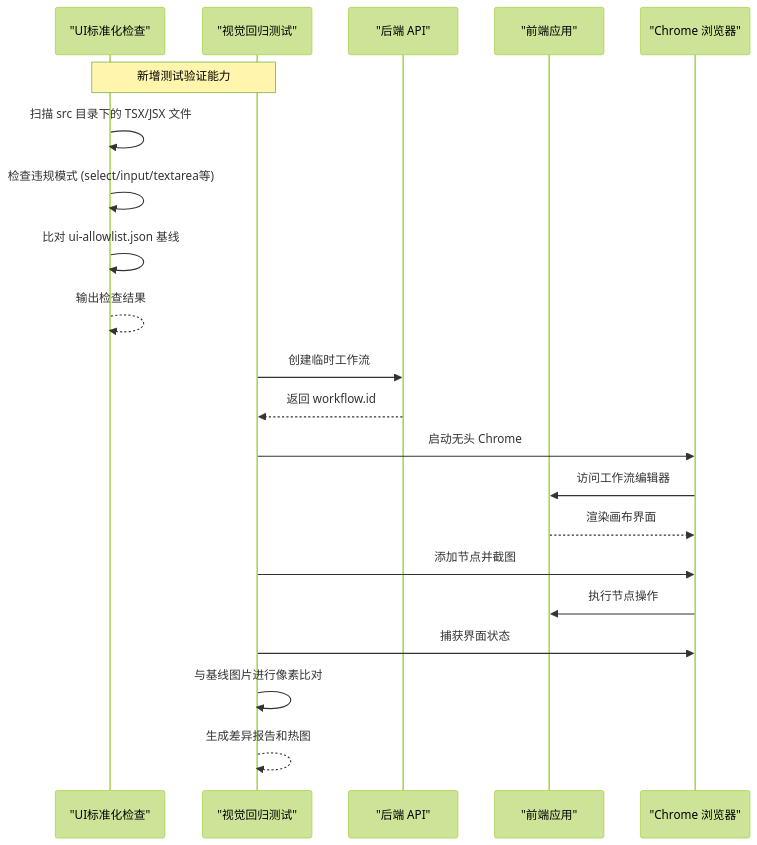
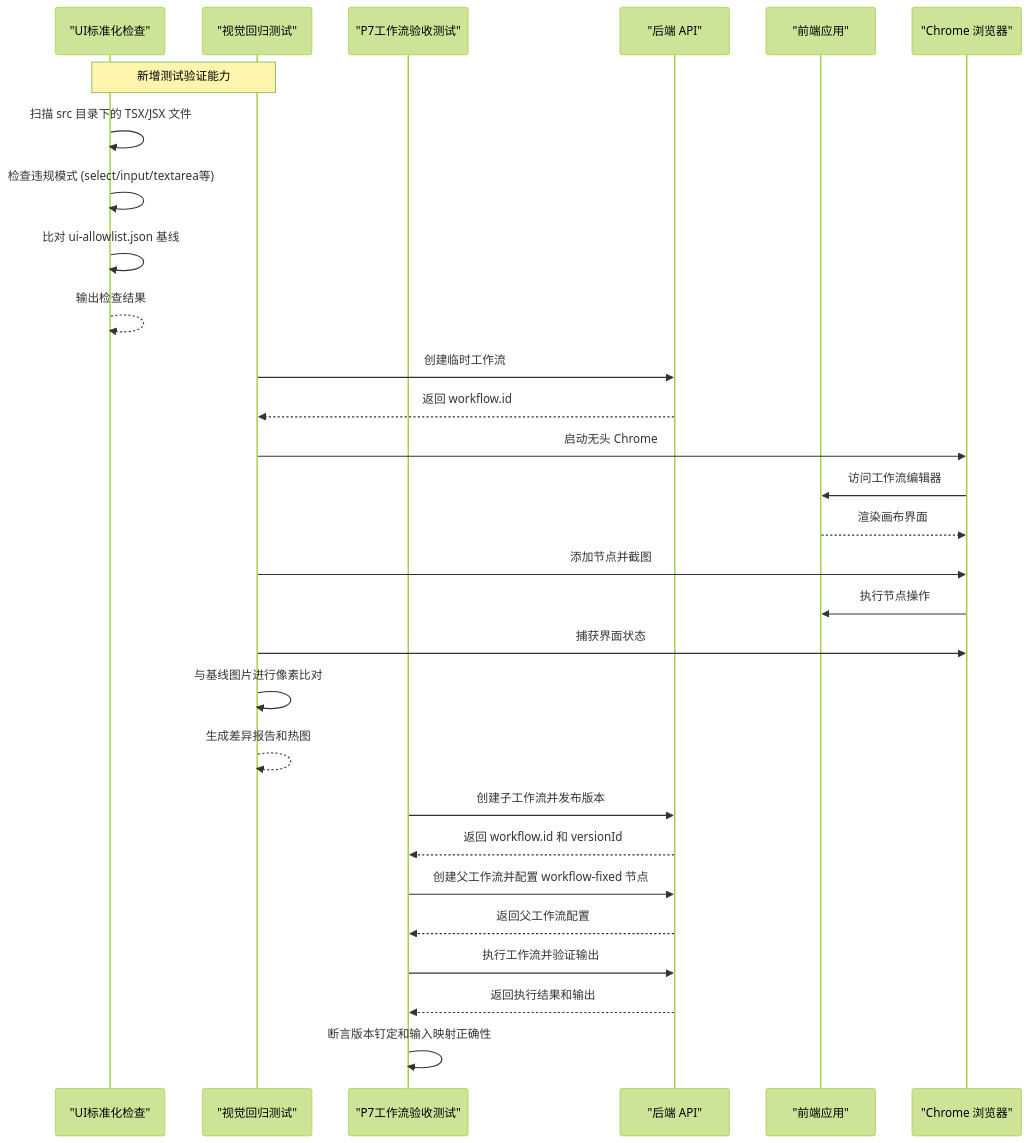
One commit to huiliuxu780/MoreThanCorn changed the second of 2 diagrams in .qoder/repowiki/zh/content/测试与验证体系.md. Above: the diagram before and after it, drawn with Mermaid (forest theme). The commit also changed other lines of this file and 9 other files, not shown here.

````diff
--- a/.qoder/repowiki/zh/content/测试与验证体系.md
+++ b/.qoder/repowiki/zh/content/测试与验证体系.md
@@ -265,23 +280,31 @@
 ```mermaid
 sequenceDiagram
 participant US as "UI标准化检查"
 participant VR as "视觉回归测试"
+participant TP7 as "P7工作流验收测试"
 participant API as "后端 API"
 participant FE as "前端应用"
 participant CHROME as "Chrome 浏览器"
 Note over US,VR : 新增测试验证能力
 US->>US : 扫描 src 目录下的 TSX/JSX 文件
 US->>US : 检查违规模式 (select/input/textarea等)
 US->>US : 比对 ui-allowlist.json 基线
 US-->>US : 输出检查结果
 VR->>API : 创建临时工作流
 API-->>VR : 返回 workflow.id
 VR->>CHROME : 启动无头 Chrome
 CHROME->>FE : 访问工作流编辑器
 FE-->>CHROME : 渲染画布界面
 VR->>CHROME : 添加节点并截图
 CHROME->>FE : 执行节点操作
 VR->>CHROME : 捕获界面状态
 VR->>VR : 与基线图片进行像素比对
 VR-->>VR : 生成差异报告和热图
+TP7->>API : 创建子工作流并发布版本
+API-->>TP7 : 返回 workflow.id 和 versionId
+TP7->>API : 创建父工作流并配置 workflow-fixed 节点
+API-->>TP7 : 返回父工作流配置
+TP7->>API : 执行工作流并验证输出
+API-->>TP7 : 返回执行结果和输出
+TP7->>TP7 : 断言版本钉定和输入映射正确性
 ```
````
